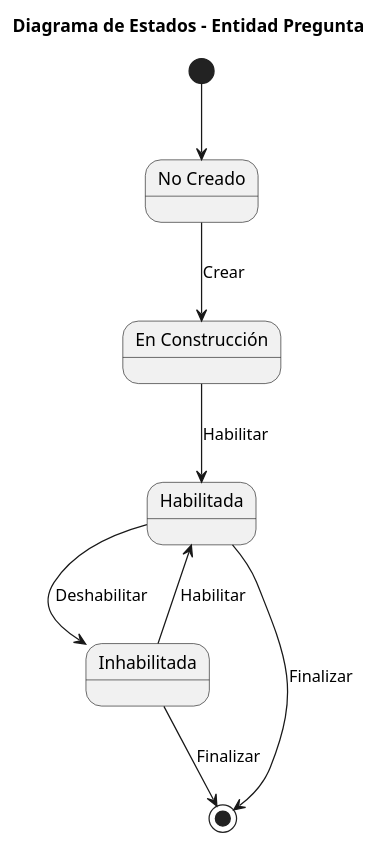
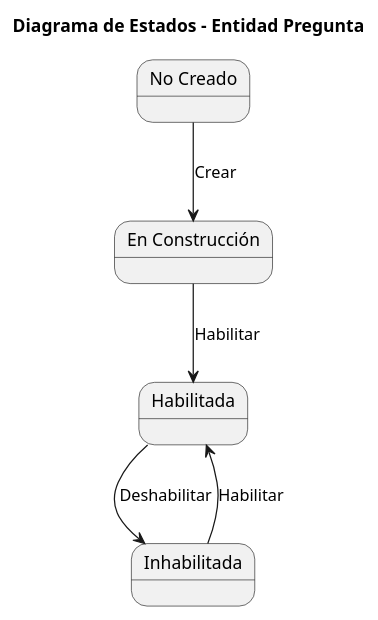
Before and after one commit to martinlopez7/25-26-IdSw1-SdR: the diagram in documents/modelos/diagramas/diagramaEstados/diagramaEstadosPregunta/diagramaEstadosPregunta.puml, drawn with PlantUML. The commit also changed 2 other files, not shown here.

Commit message:
docs(mdd): actualiza el diagrama y  consideraciones eliminando referencias a estado final [refs #43]

```diff
--- a/documents/modelos/diagramas/diagramaEstados/diagramaEstadosPregunta/diagramaEstadosPregunta.puml
+++ b/documents/modelos/diagramas/diagramaEstados/diagramaEstadosPregunta/diagramaEstadosPregunta.puml
@@ -1,21 +1,14 @@
 @startuml
-
 title Diagrama de Estados - Entidad Pregunta
 
 state "No Creado" as no_creado 
 state "En Construcción" as construccion 
 state "Habilitada" as habilitada
 state "Inhabilitada" as inhabilitada 
 
-[*] --> no_creado
-
 no_creado --> construccion : Crear
 construccion --> habilitada : Habilitar
 
 habilitada --> inhabilitada : Deshabilitar
 inhabilitada --> habilitada : Habilitar
-
-habilitada --> [*] : Finalizar
-inhabilitada --> [*] : Finalizar
-
 @enduml
```
